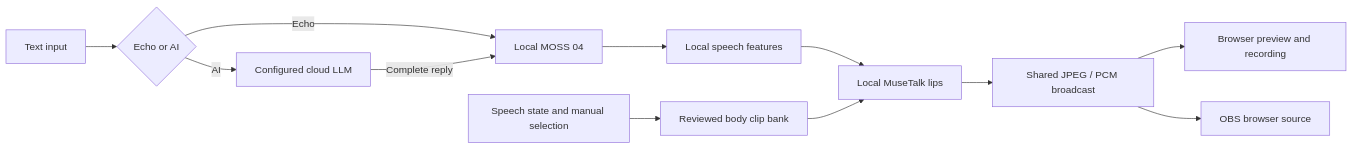
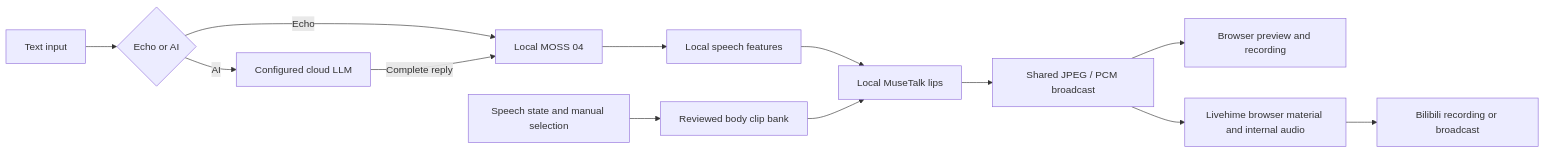
The diagram in README.md (wikigsroom/Ai-Talk-Streamer), drawn with Mermaid before and after one commit. The commit also changed other lines of this file and 41 other files, not shown here.

Commit message:
Add native Bilibili Livehime output and verified local media

````diff
--- a/README.md
+++ b/README.md
@@ -64,14 +69,15 @@
 ```mermaid
 flowchart LR
     I[Text input] --> M{Echo or AI}
     M -->|Echo| T[Local MOSS 04]
     M -->|AI| L[Configured cloud LLM]
     L -->|Complete reply| T
     T --> A[Local speech features]
     A --> U[Local MuseTalk lips]
     B[Reviewed body clip bank] --> U
     S[Speech state and manual selection] --> B
     U --> J[Shared JPEG / PCM broadcast]
     J --> W[Browser preview and recording]
-    J --> O[OBS browser source]
+    J --> O[Livehime browser material and internal audio]
+    O --> P[Bilibili recording or broadcast]
 ```
````
